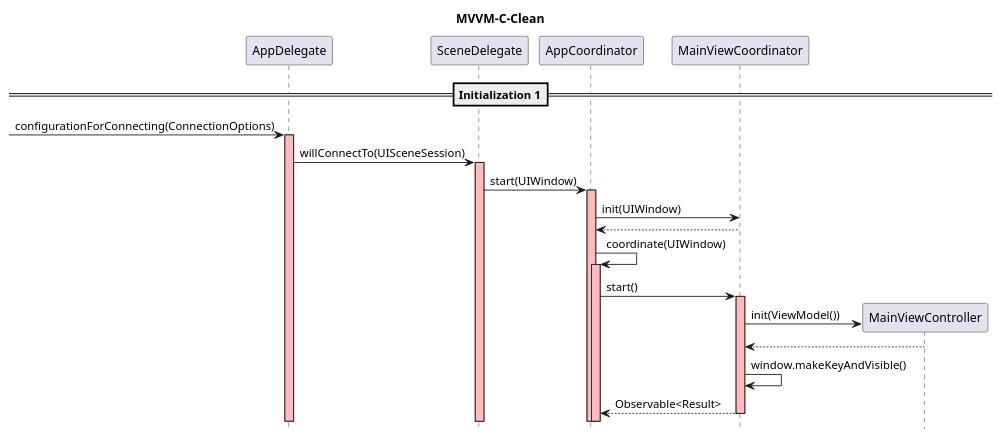
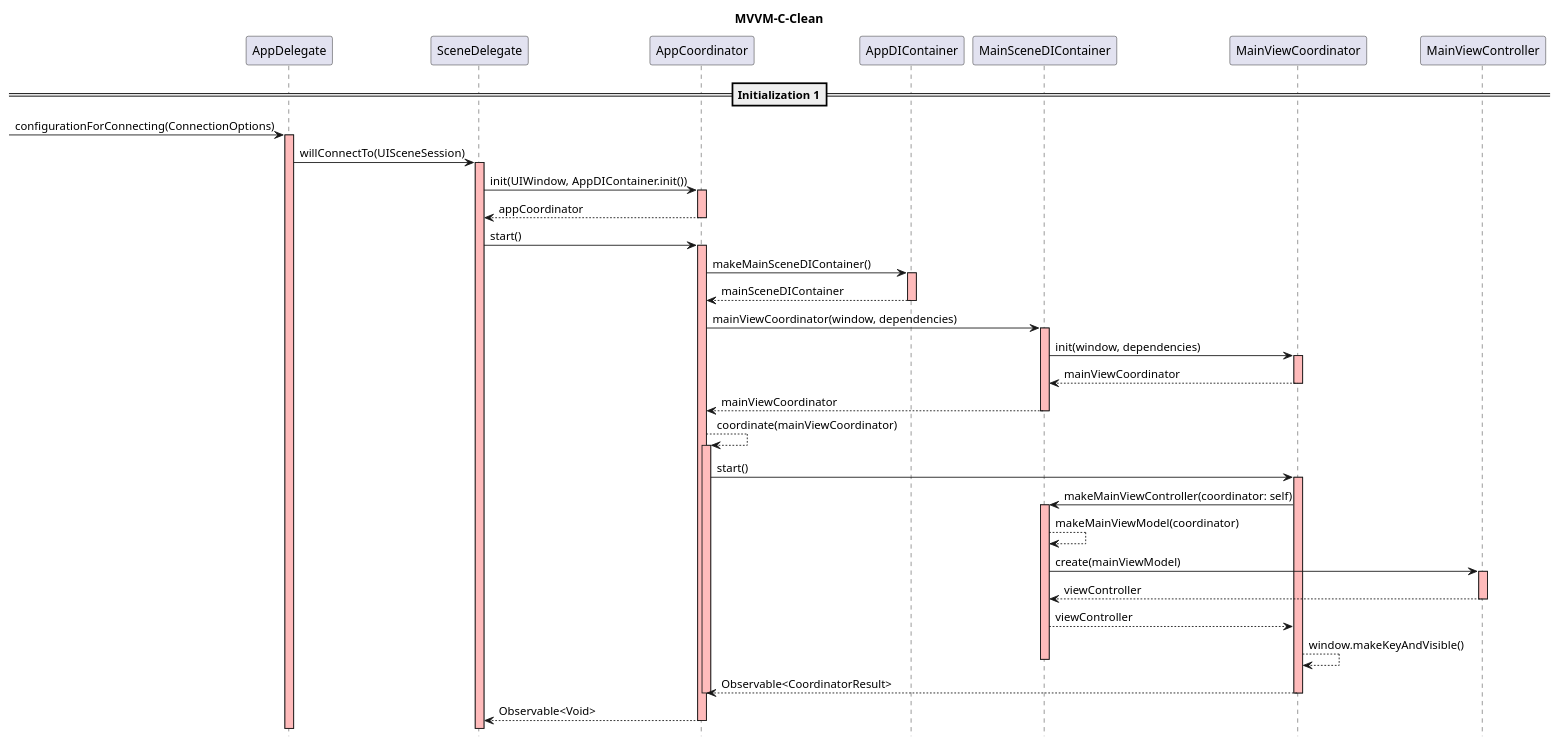
Before and after one commit to hsleedevelop/github-clean-mvvm: the diagram in github-clean-mvvm.puml, drawn with PlantUML. The commit also changed 27 other files, not shown here.

```diff
--- a/github-clean-mvvm.puml
+++ b/github-clean-mvvm.puml
@@ -1,31 +1,55 @@
 @startuml
 hide footbox
 title MVVM-C-Clean
 
 == Initialization 1==
 
 ->AppDelegate: configurationForConnecting(ConnectionOptions)
 
 activate AppDelegate #FFBBBB
     AppDelegate->SceneDelegate: willConnectTo(UISceneSession)
     activate SceneDelegate #FFBBBB
-        SceneDelegate->AppCoordinator: start(UIWindow)
+        SceneDelegate->AppCoordinator: init(UIWindow, AppDIContainer.init())
         activate AppCoordinator #FFBBBB
-            AppCoordinator->MainViewCoordinator: init(UIWindow)
-            MainViewCoordinator-->AppCoordinator
-            AppCoordinator->AppCoordinator: coordinate(UIWindow)
-            activate AppCoordinator #FFBBBB
-            AppCoordinator->MainViewCoordinator: start()
-                activate MainViewCoordinator #FFBBBB
-                    create MainViewController
-                    MainViewCoordinator->MainViewController: init(ViewModel())
-                    MainViewController-->MainViewCoordinator
-                    MainViewCoordinator->MainViewCoordinator: window.makeKeyAndVisible()
-                    return Observable<Result>
+            AppCoordinator-->SceneDelegate: appCoordinator
+        deactivate AppCoordinator
+        SceneDelegate->AppCoordinator: start()
+        activate AppCoordinator #FFBBBB
+                AppCoordinator->AppDIContainer: makeMainSceneDIContainer()
+                activate AppDIContainer #FFBBBB
+                    AppDIContainer-->AppCoordinator: mainSceneDIContainer
+                deactivate AppDIContainer #FFBBBB
+                AppCoordinator->MainSceneDIContainer: mainViewCoordinator(window, dependencies)
+                activate MainSceneDIContainer #FFBBBB
+                    'create MainViewCoordinator
+                    MainSceneDIContainer->MainViewCoordinator: init(window, dependencies)
+                    activate MainViewCoordinator #FFBBBB
+                    MainViewCoordinator-->MainSceneDIContainer: mainViewCoordinator
+                    deactivate MainViewCoordinator
+                    MainSceneDIContainer-->AppCoordinator: mainViewCoordinator
+                deactivate MainSceneDIContainer
+                AppCoordinator-->AppCoordinator: coordinate(mainViewCoordinator)
+                activate AppCoordinator #FFBBBB
+                    AppCoordinator->MainViewCoordinator: start()
+                    activate MainViewCoordinator #FFBBBB
+                        MainViewCoordinator->MainSceneDIContainer: makeMainViewController(coordinator: self)
+                        activate MainSceneDIContainer #FFBBBB
+                            MainSceneDIContainer-->MainSceneDIContainer: makeMainViewModel(coordinator)
+                            'create MainViewController
+                            MainSceneDIContainer->MainViewController: create(mainViewModel)
+                                activate MainViewController #FFBBBB
+                                    MainViewController-->MainSceneDIContainer: viewController
+                                deactivate MainViewController
+                            MainSceneDIContainer-->MainViewCoordinator: viewController
+                            MainViewCoordinator-->MainViewCoordinator: window.makeKeyAndVisible()
+                        deactivate MainSceneDIContainer
+                        return Observable<CoordinatorResult>
+                deactivate AppCoordinator
+                return Observable<Void>
                 'deactivate MainViewCoordinator
             'deactivate AppCoordinator
         'deactivate AppCoordinator
     'deactivate SceneDelegate #FFBBBB
 'deactivate AppDelegate
 
 @enduml
```
